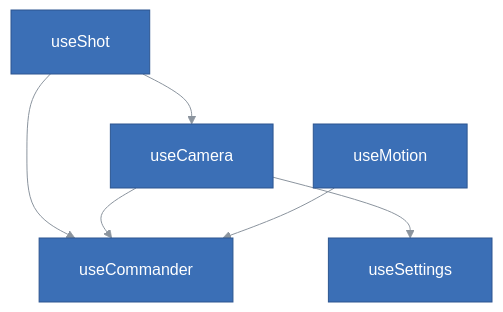
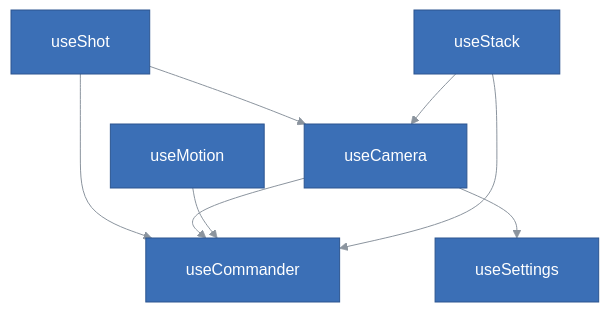
Before and after one commit to kineticsystem/stepit-macro: the third of 5 diagrams in ui/docs/ARCHITECTURE.md, drawn with Mermaid. The commit also changed other lines of this file and 3 other files, not shown here.

First line of the commit message:
Bring the READMEs and the UI architecture up to the shared state

````diff
--- a/ui/docs/ARCHITECTURE.md
+++ b/ui/docs/ARCHITECTURE.md
@@ -259,64 +260,66 @@
 ```mermaid
 ---
 config:
   theme: base
   themeCSS: ".edgeLabel p { padding: 4px 10px; }"
   flowchart:
     padding: 20
     nodeSpacing: 40
     rankSpacing: 50
   class:
     padding: 16
   sequence:
     boxMargin: 12
     boxTextMargin: 8
     noteMargin: 28
     messageMargin: 40
     actorMargin: 60
     labelBoxWidth: 56
     labelBoxHeight: 28
   themeVariables:
     primaryColor: "#3b6fb6"
     primaryTextColor: "#ffffff"
     primaryBorderColor: "#2c5590"
     lineColor: "#8b949e"
     textColor: "#4d86d6"
     actorBkg: "#3b6fb6"
     actorBorder: "#2c5590"
     actorTextColor: "#ffffff"
     actorLineColor: "#8b949e"
     signalColor: "#8b949e"
     signalTextColor: "#4d86d6"
     noteBkgColor: "#3b6fb6"
     noteTextColor: "#ffffff"
     noteBorderColor: "#2c5590"
     secondaryColor: "#3b6fb6"
     tertiaryColor: "#3b6fb6"
     clusterBkg: "transparent"
     clusterBorder: "#8b949e"
     titleColor: "#4d86d6"
     edgeLabelBackground: "#3b6fb6"
     classText: "#ffffff"
     labelBoxBkgColor: "#3b6fb6"
     labelBoxBorderColor: "#2c5590"
     labelTextColor: "#ffffff"
     loopTextColor: "#4d86d6"
     mainBkg: "#3b6fb6"
     nodeBorder: "#2c5590"
     nodeTextColor: "#ffffff"
     secondaryBorderColor: "#2c5590"
     secondaryTextColor: "#ffffff"
     tertiaryBorderColor: "#2c5590"
     tertiaryTextColor: "#ffffff"
     errorBkgColor: "#3b6fb6"
     errorTextColor: "#ffffff"
 ---
 flowchart TB
     Shot["useShot"] --> Camera["useCamera"]
     Shot --> Commander["useCommander"]
     Camera --> Commander
     Motion["useMotion"] --> Commander
+    Stack["useStack"] --> Commander
+    Stack --> Camera
     Camera --> Settings["useSettings"]
 
     classDef default fill:#3b6fb6,stroke:#2c5590,color:#ffffff
 ```
````
